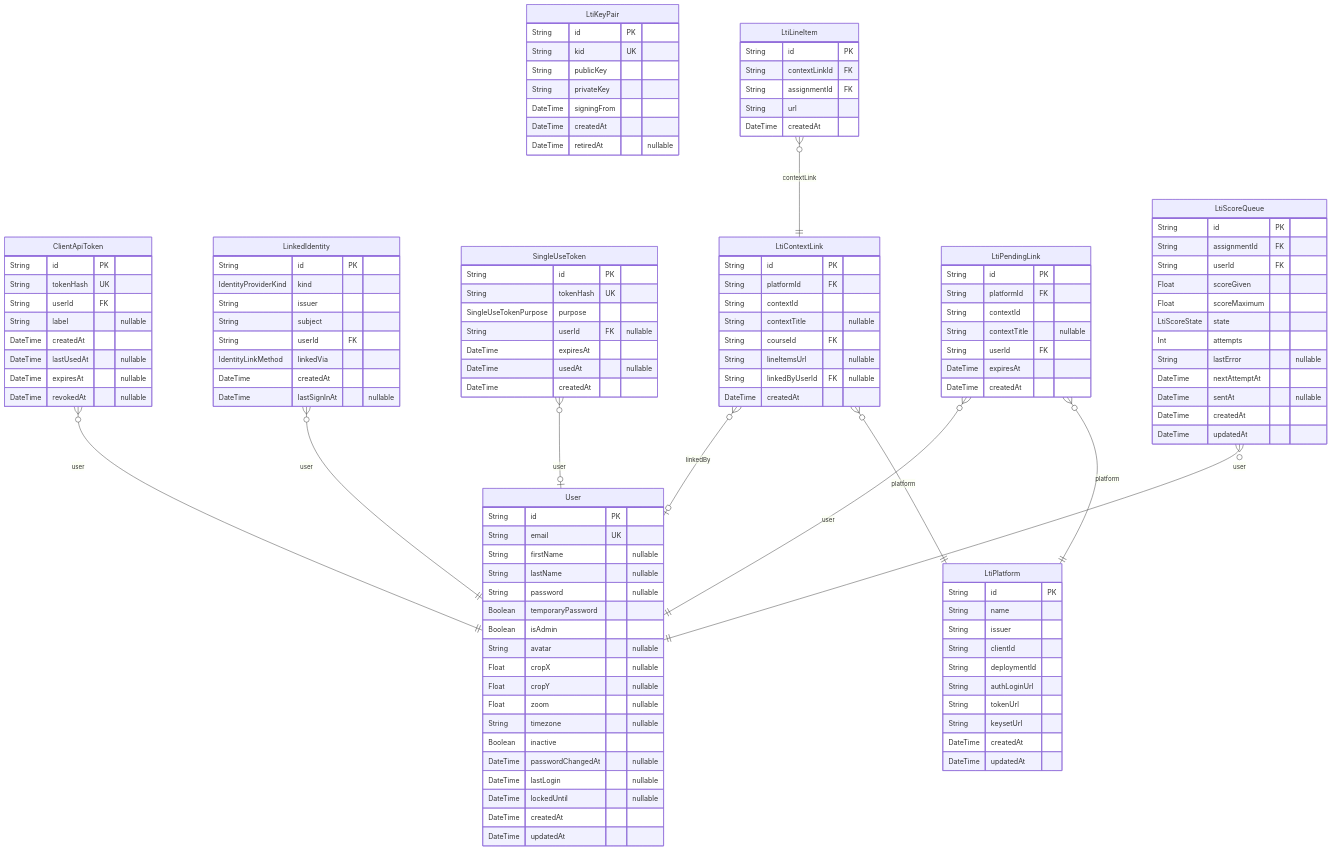
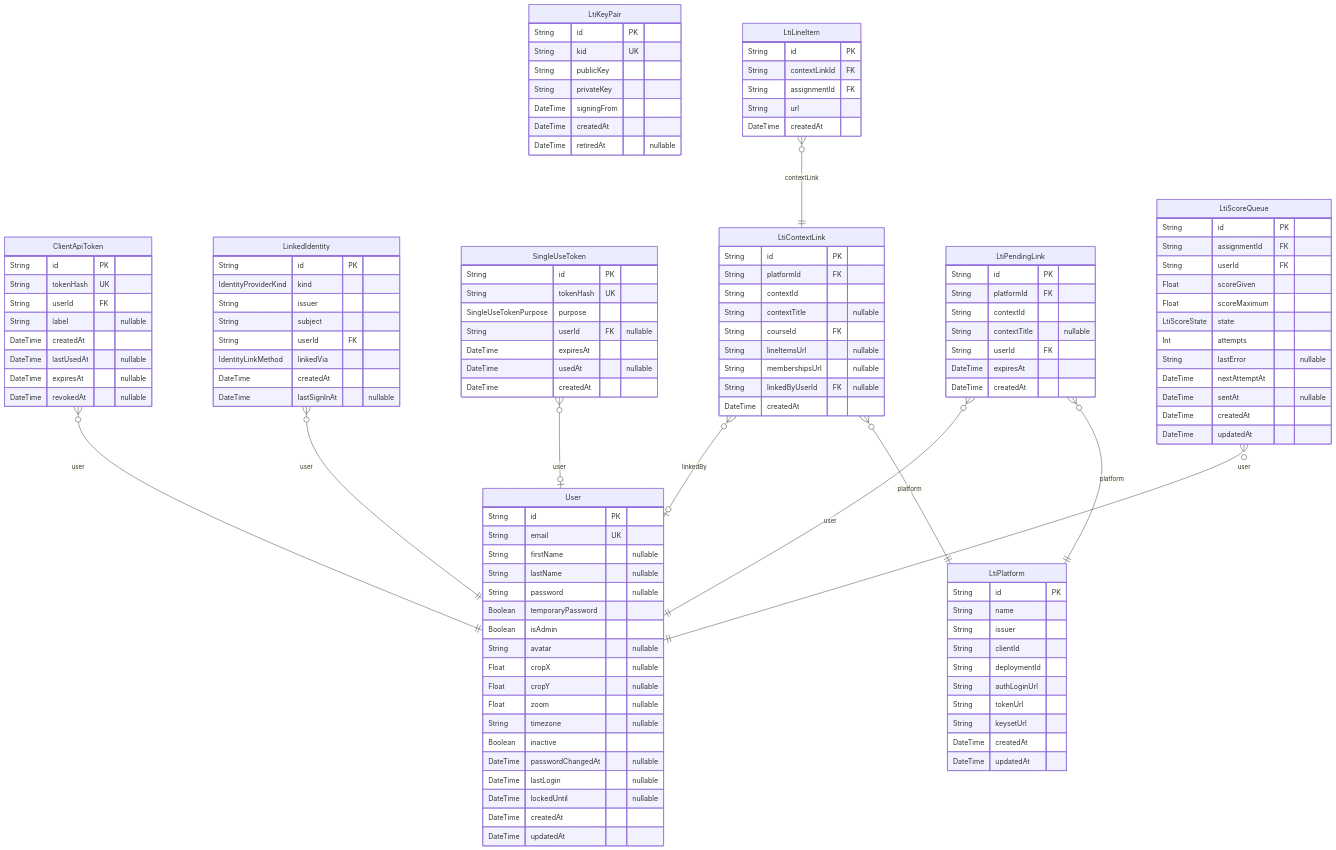
Before and after one commit to PennStateCS/AFCT: the first of 5 diagrams in docs-site/docs/reference/database-schema.md, drawn with Mermaid. The commit also changed other lines of this file and 9 other files, not shown here.

```diff
--- a/docs-site/docs/reference/database-schema.md
+++ b/docs-site/docs/reference/database-schema.md
@@ -89,6 +89,7 @@
   String contextTitle "nullable"
   String courseId FK
   String lineItemsUrl "nullable"
+  String membershipsUrl "nullable"
   String linkedByUserId FK "nullable"
   DateTime createdAt
 }
```
